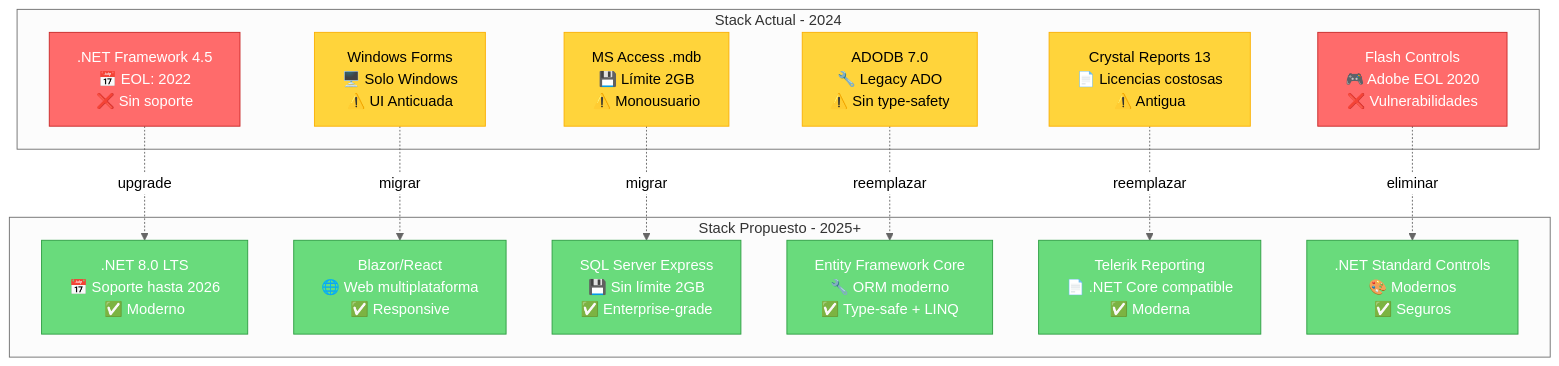
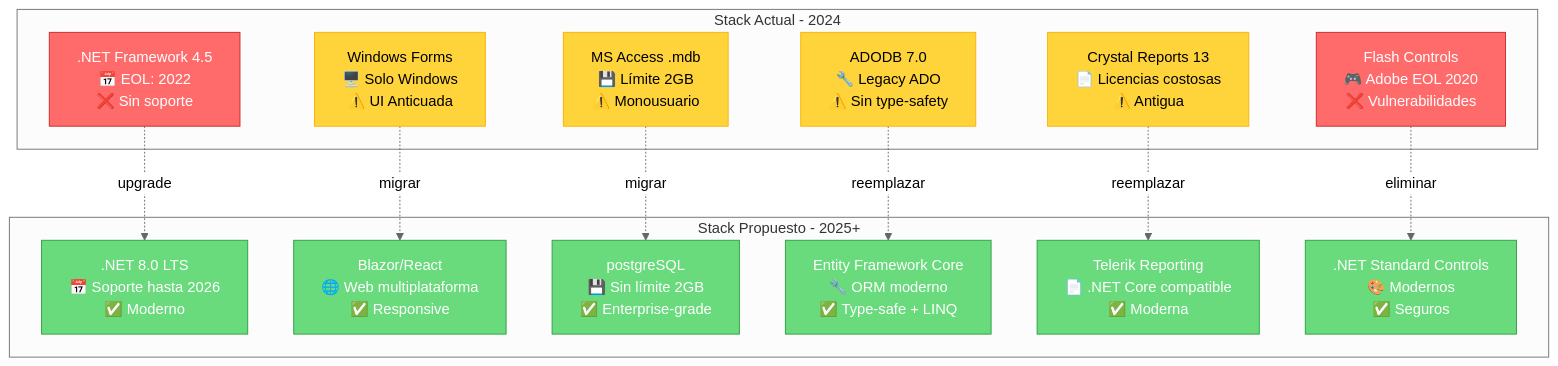
One commit to dleonsystem/sep_evaluacion_diagnostica changed the seventh of 13 diagrams in DASHBOARD_VISUAL.md. Above: the diagram before and after it, drawn with Mermaid (neutral theme). The commit also changed other lines of this file, not shown here.

````diff
--- a/DASHBOARD_VISUAL.md
+++ b/DASHBOARD_VISUAL.md
@@ -208,41 +208,41 @@
 ```mermaid
 graph TB
     subgraph "Stack Actual - 2024"
         A1[.NET Framework 4.5<br/>📅 EOL: 2022<br/>❌ Sin soporte]
         A2[Windows Forms<br/>🖥️ Solo Windows<br/>⚠️ UI Anticuada]
         A3[MS Access .mdb<br/>💾 Límite 2GB<br/>⚠️ Monousuario]
         A4[ADODB 7.0<br/>🔧 Legacy ADO<br/>⚠️ Sin type-safety]
         A5[Crystal Reports 13<br/>📄 Licencias costosas<br/>⚠️ Antigua]
         A6[Flash Controls<br/>🎮 Adobe EOL 2020<br/>❌ Vulnerabilidades]
     end
     
     subgraph "Stack Propuesto - 2025+"
         B1[.NET 8.0 LTS<br/>📅 Soporte hasta 2026<br/>✅ Moderno]
         B2[Blazor/React<br/>🌐 Web multiplataforma<br/>✅ Responsive]
-        B3[SQL Server Express<br/>💾 Sin límite 2GB<br/>✅ Enterprise-grade]
+        B3[postgreSQL<br/>💾 Sin límite 2GB<br/>✅ Enterprise-grade]
         B4[Entity Framework Core<br/>🔧 ORM moderno<br/>✅ Type-safe + LINQ]
         B5[Telerik Reporting<br/>📄 .NET Core compatible<br/>✅ Moderna]
         B6[.NET Standard Controls<br/>🎨 Modernos<br/>✅ Seguros]
     end
     
     A1 -.upgrade.-> B1
     A2 -.migrar.-> B2
     A3 -.migrar.-> B3
     A4 -.reemplazar.-> B4
     A5 -.reemplazar.-> B5
     A6 -.eliminar.-> B6
     
     style A1 fill:#ff6b6b,stroke:#c92a2a,color:#fff
     style A2 fill:#ffd43b,stroke:#fab005,color:#000
     style A3 fill:#ffd43b,stroke:#fab005,color:#000
     style A4 fill:#ffd43b,stroke:#fab005,color:#000
     style A5 fill:#ffd43b,stroke:#fab005,color:#000
     style A6 fill:#ff6b6b,stroke:#c92a2a,color:#fff
     
     style B1 fill:#69db7c,stroke:#2f9e44,color:#fff
     style B2 fill:#69db7c,stroke:#2f9e44,color:#fff
     style B3 fill:#69db7c,stroke:#2f9e44,color:#fff
     style B4 fill:#69db7c,stroke:#2f9e44,color:#fff
     style B5 fill:#69db7c,stroke:#2f9e44,color:#fff
     style B6 fill:#69db7c,stroke:#2f9e44,color:#fff
 ```
````
